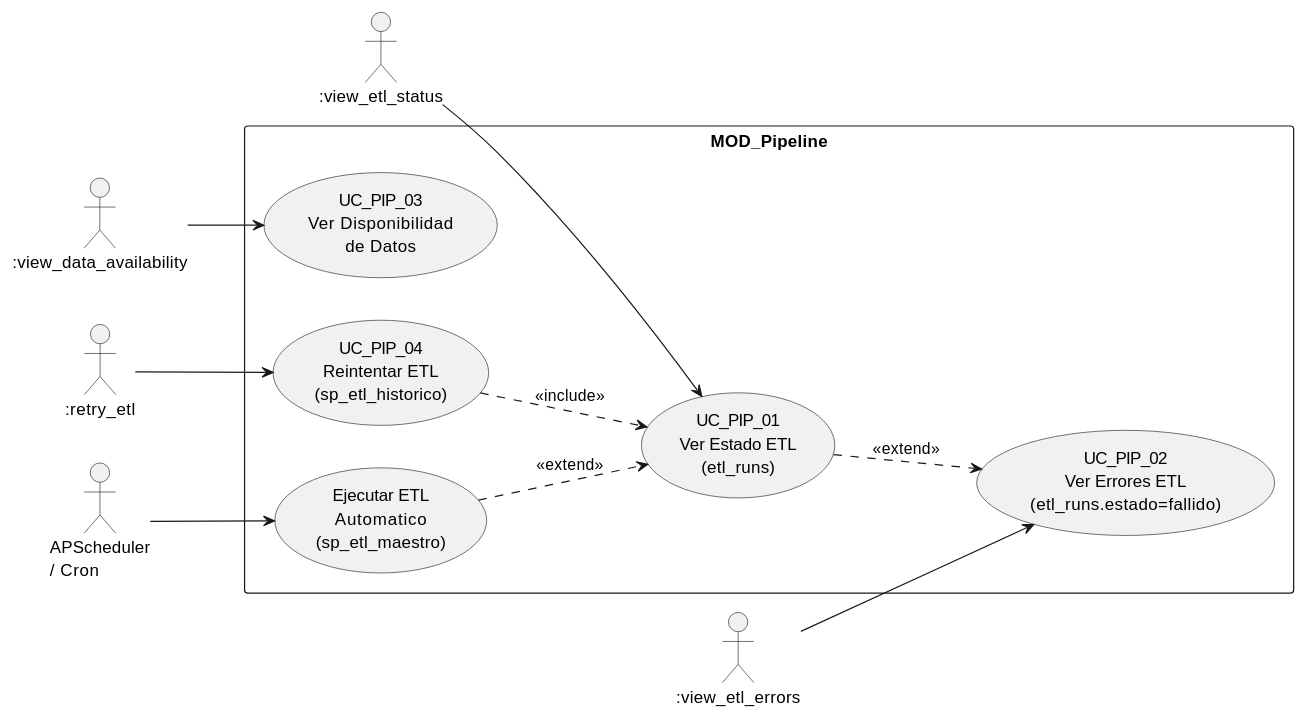
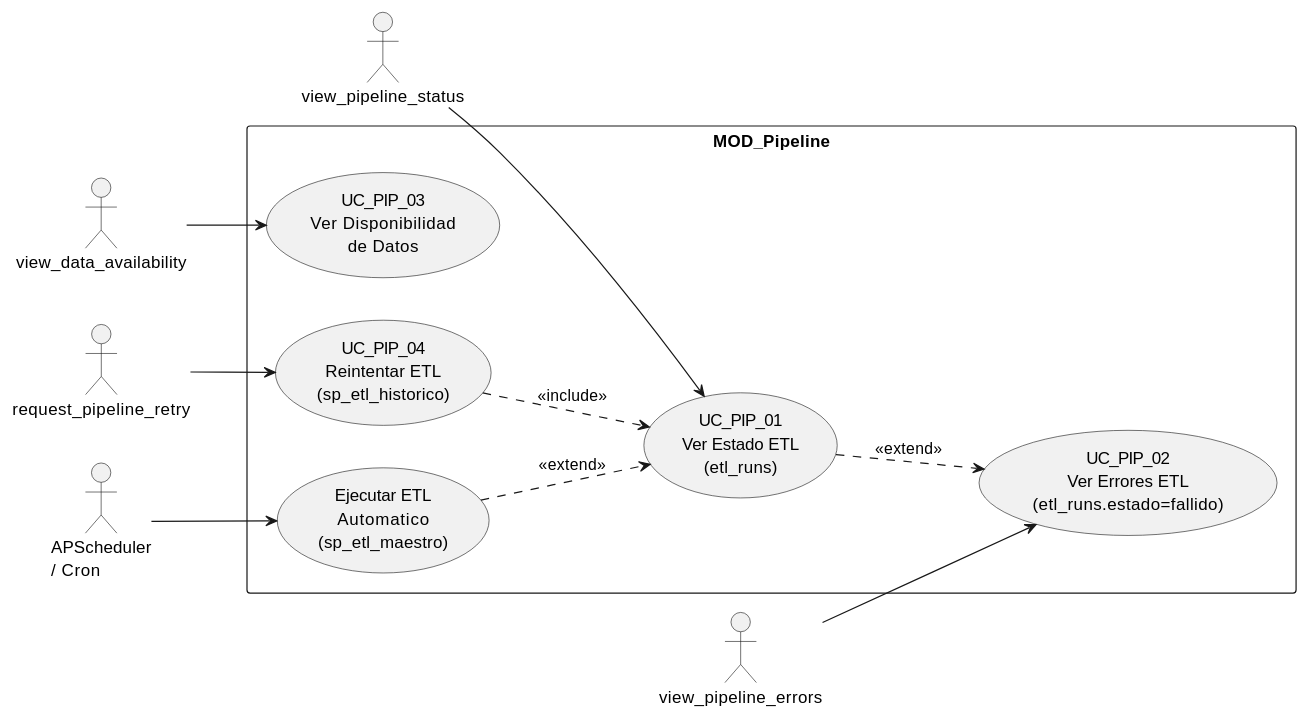
One commit to jcg-admin/IACT-docs changed the seventh of 13 diagrams in source/arquitectura-tecnica/diagramas-uc-por-modulo.rst. Above: the diagram before and after it, drawn with PlantUML. The commit also changed other lines of this file and 157 other files, not shown here.

First line of the commit message:
Enforce catalog function names across all diagrams

```diff
--- a/source/arquitectura-tecnica/diagramas-uc-por-modulo.rst
+++ b/source/arquitectura-tecnica/diagramas-uc-por-modulo.rst
@@ -321,31 +315,31 @@
 .. uml::
  :caption: Figura 22 — MOD_Pipeline: casos de uso
 
  @startuml
  left to right direction
 
- actor ":view_etl_status" as VEE
- actor ":view_etl_errors" as VEER
- actor ":view_data_availability" as VDD
- actor ":retry_etl" as RE
+ actor "view_pipeline_status" as VEE
+ actor "view_pipeline_errors" as VEER
+ actor "view_data_availability" as VDD
+ actor "request_pipeline_retry" as RE
  actor "APScheduler\n/ Cron" as SCH
 
  rectangle "MOD_Pipeline" {
    usecase "UC_PIP_01\nVer Estado ETL\n(etl_runs)" as P01
    usecase "UC_PIP_02\nVer Errores ETL\n(etl_runs.estado=fallido)" as P02
    usecase "UC_PIP_03\nVer Disponibilidad\nde Datos" as P03
    usecase "UC_PIP_04\nReintentar ETL\n(sp_etl_historico)" as P04
    usecase "Ejecutar ETL\nAutomatico\n(sp_etl_maestro)" as AUTO
  }
 
  VEE --> P01
  VEER --> P02
  VDD --> P03
  RE --> P04
  SCH --> AUTO
 
  P01 ..> P02 : <<extend>>
  P04 ..> P01 : <<include>>
  AUTO ..> P01 : <<extend>>
 
  @enduml
```
